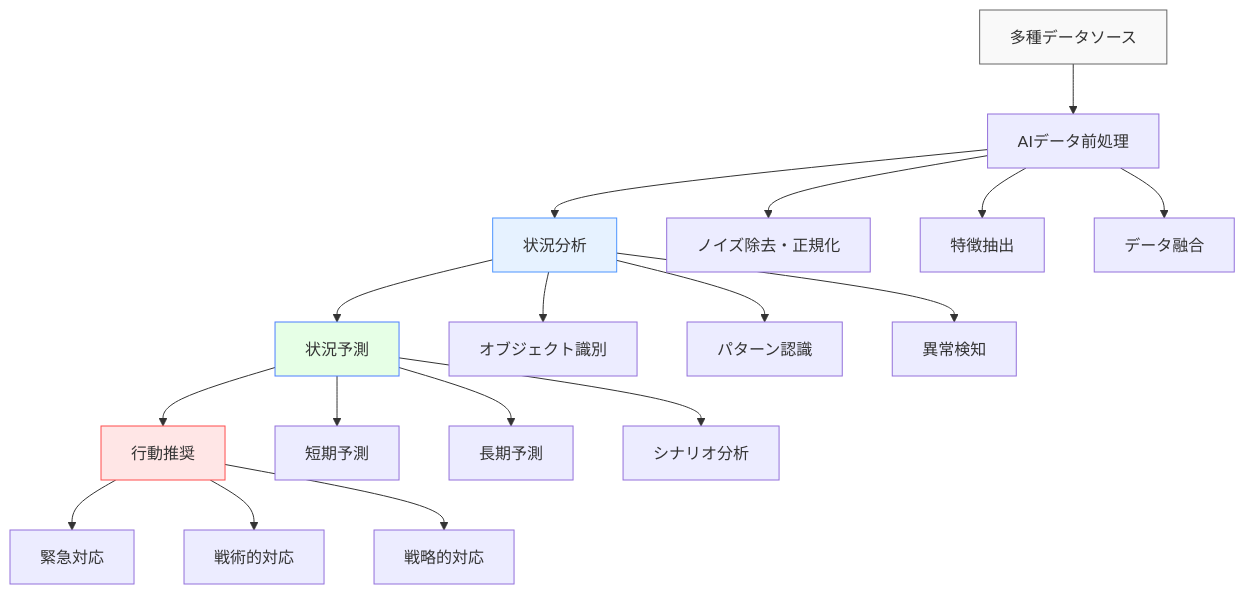
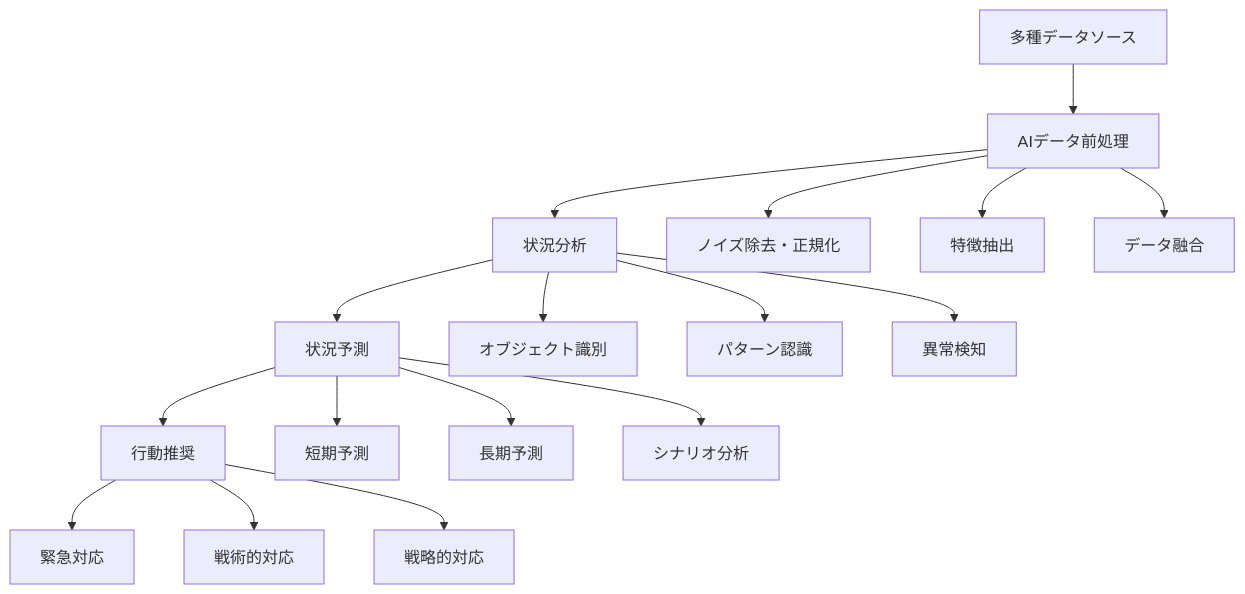
The second of 4 diagrams in docs/ai-and-future/ai-sa-context.md (shuji-bonji/Situational-Awareness-and-Decision-Making), drawn with Mermaid before and after one commit. The commit also changed other lines of this file and 49 other files, not shown here.

Commit message:
fix: ダークモードで見づらい図の色の変更

````diff
--- a/docs/ai-and-future/ai-sa-context.md
+++ b/docs/ai-and-future/ai-sa-context.md
@@ -60,28 +57,23 @@
 ```mermaid
 graph TD
     DATA[多種データソース] --> PREPROCESS[AIデータ前処理]
     PREPROCESS --> ANALYZE[状況分析]
     ANALYZE --> PREDICT[状況予測]
     PREDICT --> RECOMMEND[行動推奨]
     
     PREPROCESS --> CLEAN[ノイズ除去・正規化]
     PREPROCESS --> FEATURE[特徴抽出]
     PREPROCESS --> FUSION[データ融合]
     
     ANALYZE --> OBJECT[オブジェクト識別]
     ANALYZE --> PATTERN[パターン認識]
     ANALYZE --> ANOMALY[異常検知]
     
     PREDICT --> SHORT[短期予測]
     PREDICT --> LONG[長期予測]
     PREDICT --> SCENARIO[シナリオ分析]
     
     RECOMMEND --> URGENT[緊急対応]
     RECOMMEND --> TACTICAL[戦術的対応]
     RECOMMEND --> STRATEGIC[戦略的対応]
-    
-    style DATA fill:#f9f9f9,stroke:#666
-    style ANALYZE fill:#e6f2ff,stroke:#4d94ff
-    style PREDICT fill:#e6ffe6,stroke:#4d7fff
-    style RECOMMEND fill:#ffe6e6,stroke:#ff4d4d
 ```
````
